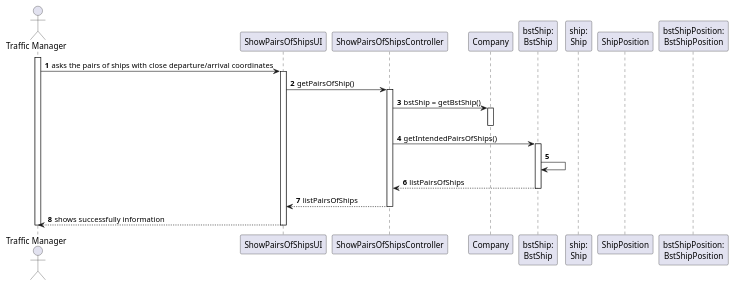
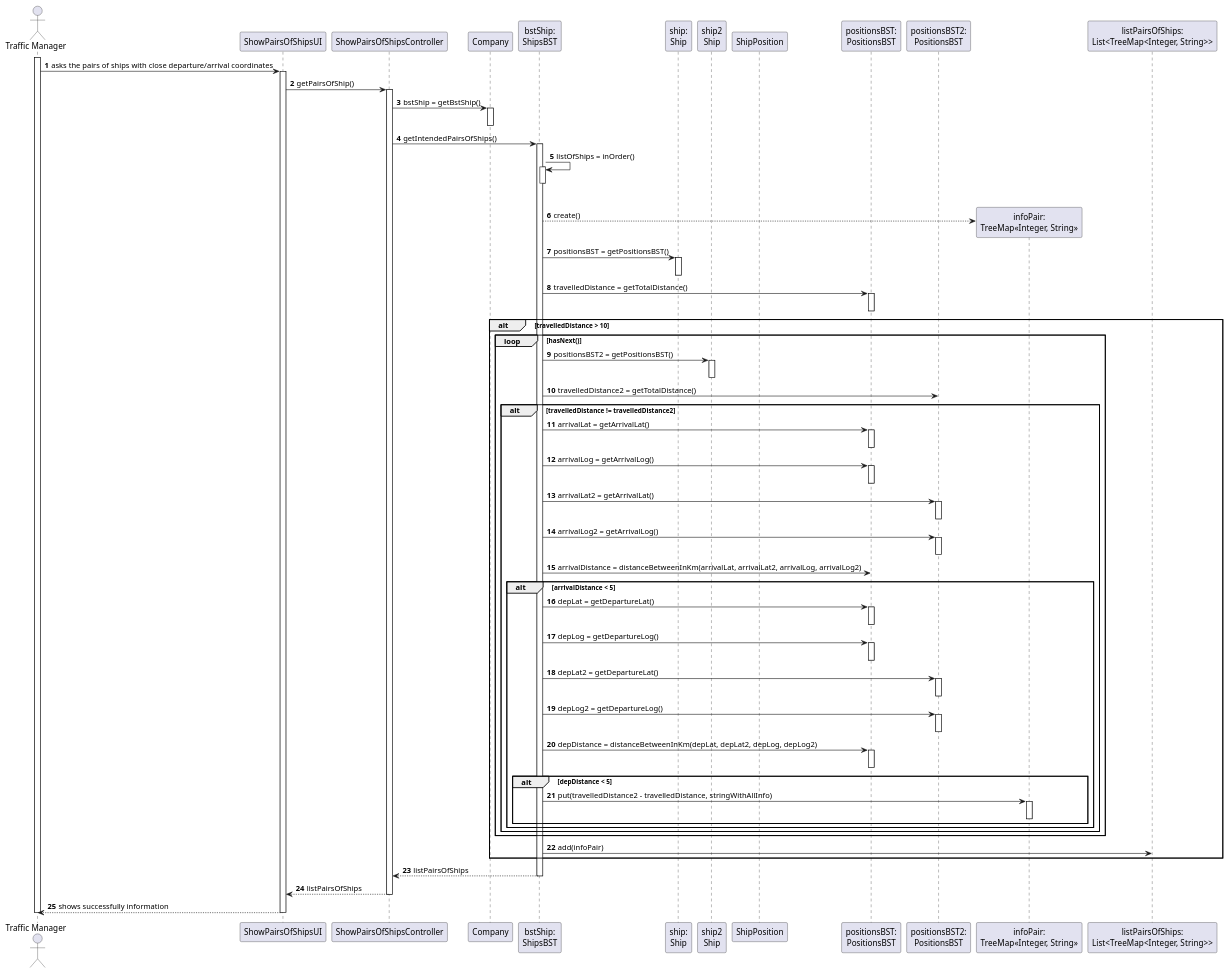
Before and after one commit to ana-albergaria/LAPR3-ISEP: the diagram in docs/US107/US107_SD.puml, drawn with PlantUML. The commit also changed 1 other file, not shown here.

Commit message:
G54-7 #comment Return pairs of Ships[Design]

```diff
--- a/docs/US107/US107_SD.puml
+++ b/docs/US107/US107_SD.puml
@@ -1,42 +1,103 @@
 @startuml
 
 
 autonumber
 actor "Traffic Manager" as TM
 
 participant "ShowPairsOfShipsUI" as UI
 participant "ShowPairsOfShipsController" as CTRL
 participant "Company" as COMP
-participant "bstShip:\nBstShip" as BstShip
+participant "bstShip:\nShipsBST" as BstShip
 participant "ship:\nShip" as S
+participant "ship2\nShip" as S2
 participant "ShipPosition" as SP
-participant "bstShipPosition:\nBstShipPosition" as BstPosition
+participant "positionsBST:\nPositionsBST" as BstPosition
+participant "positionsBST2:\nPositionsBST" as BstPosition2
+participant "infoPair:\nTreeMap<<Integer, String>>" as TREEMAP
+participant "listPairsOfShips:\nList<TreeMap<Integer, String>>" as LIST
 
 
 activate TM
 TM -> "UI" : asks the pairs of ships with close departure/arrival coordinates
 activate "UI"
 UI -> CTRL : getPairsOfShip()
 activate CTRL
 CTRL -> COMP : bstShip = getBstShip()
 activate COMP
 deactivate COMP
 CTRL -> BstShip : getIntendedPairsOfShips()
 /'decide what kind of list'/
 activate BstShip
-BstShip -> BstShip :
+BstShip -> BstShip : listOfShips = inOrder()
+activate BstShip
+deactivate BstShip
+loop for each Ship in ListOfShips
+BstShip --> TREEMAP** : create()
+BstShip -> S : positionsBST = getPositionsBST()
+activate S
+deactivate S
+BstShip -> BstPosition : travelledDistance = getTotalDistance()
+activate BstPosition
+deactivate BstPosition
+alt travelledDistance > 10
+loop hasNext()
+BstShip -> S2 : positionsBST2 = getPositionsBST()
+activate S2
+deactivate S2
+BstShip -> BstPosition2 : travelledDistance2 = getTotalDistance()
+alt travelledDistance != travelledDistance2
+BstShip -> BstPosition : arrivalLat = getArrivalLat()
+activate BstPosition
+deactivate BstPosition
+BstShip -> BstPosition : arrivalLog = getArrivalLog()
+activate BstPosition
+deactivate BstPosition
+BstShip -> BstPosition2 : arrivalLat2 = getArrivalLat()
+activate BstPosition2
+deactivate BstPosition2
+BstShip -> BstPosition2 : arrivalLog2 = getArrivalLog()
+activate BstPosition2
+deactivate BstPosition2
+BstShip -> BstPosition : arrivalDistance = distanceBetweenInKm(arrivalLat, arrivalLat2, arrivalLog, arrivalLog2)
+alt arrivalDistance < 5
+BstShip -> BstPosition : depLat = getDepartureLat()
+activate BstPosition
+deactivate BstPosition
+BstShip -> BstPosition : depLog = getDepartureLog()
+activate BstPosition
+deactivate BstPosition
+BstShip -> BstPosition2 : depLat2 = getDepartureLat()
+activate BstPosition2
+deactivate BstPosition2
+BstShip -> BstPosition2 : depLog2 = getDepartureLog()
+activate BstPosition2
+deactivate BstPosition2
+BstShip -> BstPosition : depDistance = distanceBetweenInKm(depLat, depLat2, depLog, depLog2)
+activate BstPosition
+deactivate BstPosition
+alt depDistance < 5
+BstShip -> TREEMAP : put(travelledDistance2 - travelledDistance, stringWithAllInfo)
+activate TREEMAP
+deactivate TREEMAP
+end
+end
+end
+end
+BstShip -> LIST : add(infoPair)
+end
+
 BstShip --> CTRL : listPairsOfShips
 deactivate BstShip
 CTRL --> UI : listPairsOfShips
 deactivate CTRL
 "UI" --> TM : shows successfully information
 
 deactivate "UI"
 
 
 
 
 
 deactivate TM
 
 @enduml
```
